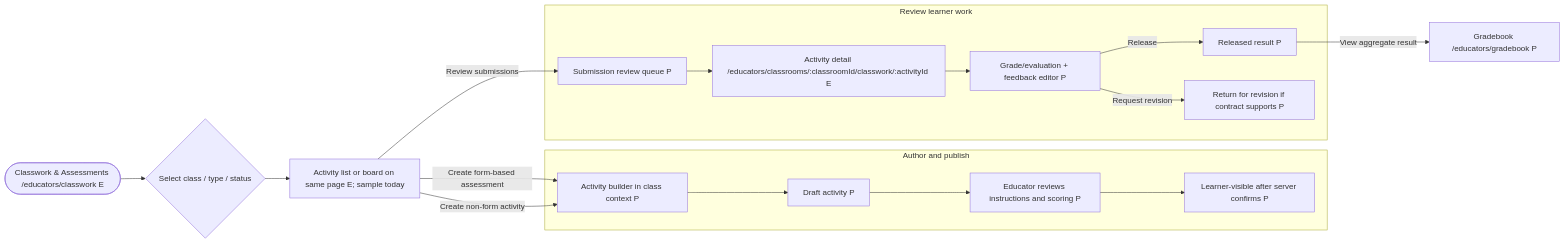
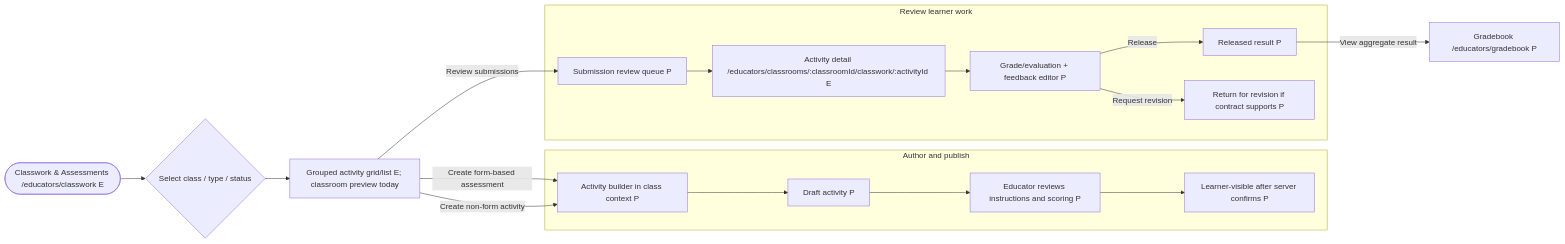
The third of 16 diagrams in OWLIO_EDUCATOR_WORKFLOW_PLAN.md (devCarlJoseph/owlio-app), drawn with Mermaid before and after one commit. The commit also changed other lines of this file and 15 other files, not shown here.

````diff
--- a/OWLIO_EDUCATOR_WORKFLOW_PLAN.md
+++ b/OWLIO_EDUCATOR_WORKFLOW_PLAN.md
@@ -438,26 +440,26 @@
 ```mermaid
 flowchart LR
   CW(["Classwork & Assessments /educators/classwork E"]) --> FILTER{"Select class / type / status"}
-  FILTER --> LIST["Activity list or board on same page E; sample today"]
+  FILTER --> LIST["Grouped activity grid/list E; classroom preview today"]
   subgraph AUTHOR["Author and publish"]
     BUILD["Activity builder in class context P"]
     DRAFT["Draft activity P"]
     REVIEW_DRAFT["Educator reviews instructions and scoring P"]
     PUBLISH["Learner-visible after server confirms P"]
     BUILD --> DRAFT --> REVIEW_DRAFT --> PUBLISH
   end
   LIST -->|"Create form-based assessment"| BUILD
   LIST -->|"Create non-form activity"| BUILD
   subgraph REVIEW_WORK["Review learner work"]
     QUEUE["Submission review queue P"]
     ACT["Activity detail /educators/classrooms/:classroomId/classwork/:activityId E"]
     EVAL["Grade/evaluation + feedback editor P"]
     RELEASE["Released result P"]
     RETURN["Return for revision if contract supports P"]
     QUEUE --> ACT --> EVAL
     EVAL -->|"Release"| RELEASE
     EVAL -->|"Request revision"| RETURN
   end
   LIST -->|"Review submissions"| QUEUE
   RELEASE -->|"View aggregate result"| GB["Gradebook /educators/gradebook P"]
 ```
````
